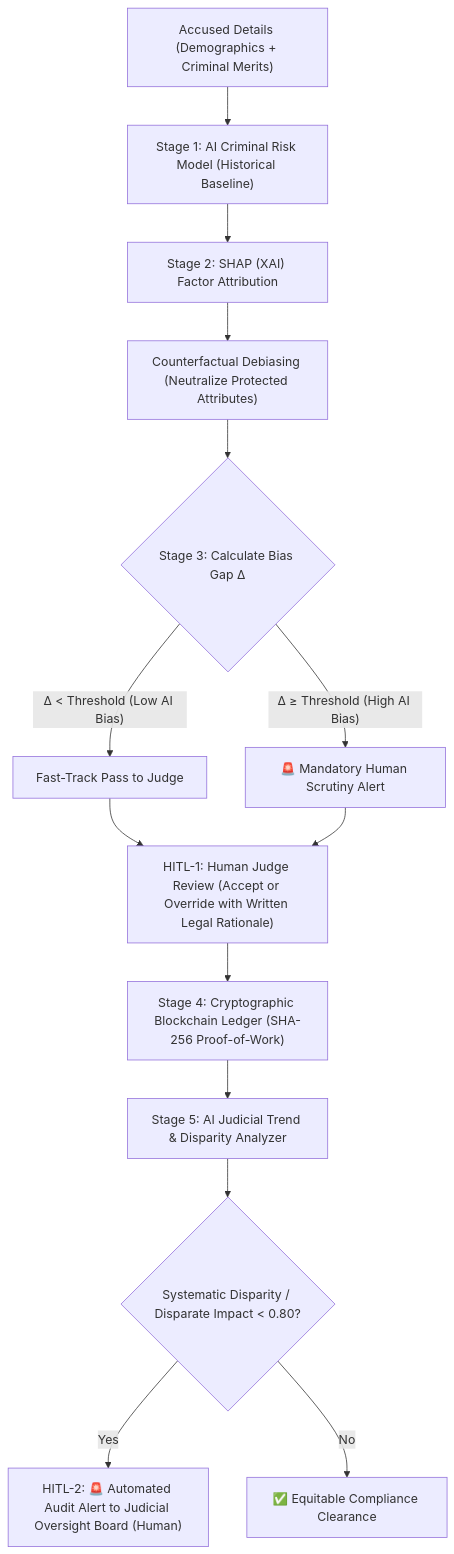
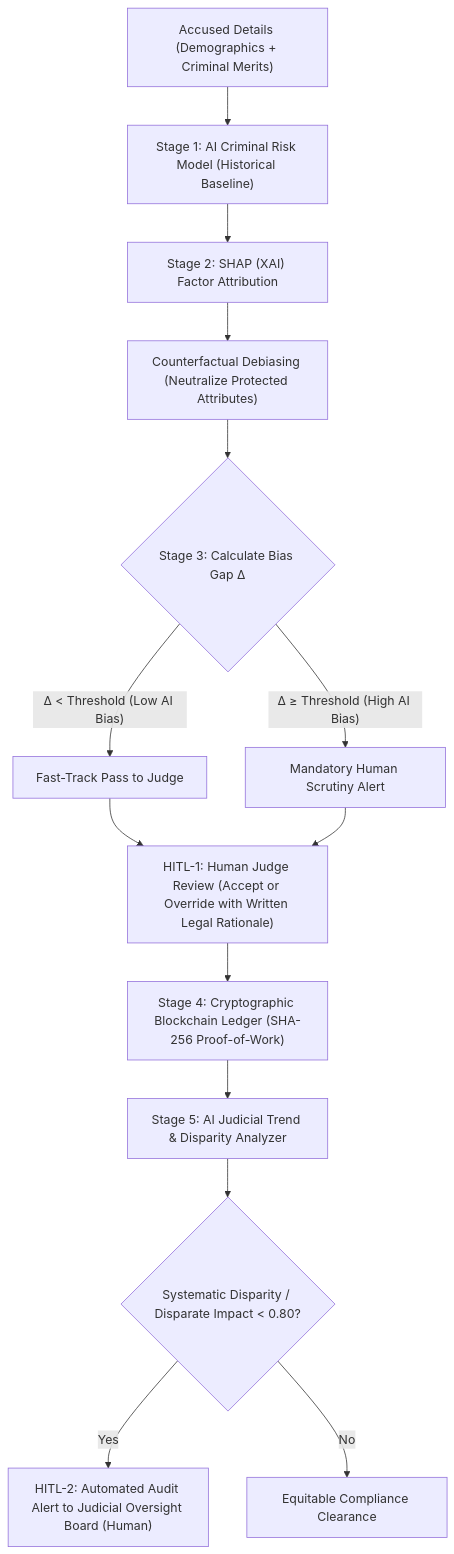
Before and after one commit to yogarisi745-star/fairai: the diagram in README.md, drawn with Mermaid. The commit also changed other lines of this file and 5 other files, not shown here.

Commit message:
Task 5: README results+limitations+roadmap, MODEL_CARD.md, MIT LICENSE, CI workflow, docs/ folder

````diff
--- a/README.md
+++ b/README.md
@@ -11,16 +18,16 @@
 ```mermaid
 flowchart TD
     A["Accused Details (Demographics + Criminal Merits)"] --> B["Stage 1: AI Criminal Risk Model (Historical Baseline)"]
     B --> C["Stage 2: SHAP (XAI) Factor Attribution"]
     C --> D["Counterfactual Debiasing (Neutralize Protected Attributes)"]
     D --> E{"Stage 3: Calculate Bias Gap Δ"}
     E -- "Δ < Threshold (Low AI Bias)" --> F1["Fast-Track Pass to Judge"]
-    E -- "Δ ≥ Threshold (High AI Bias)" --> F2["🚨 Mandatory Human Scrutiny Alert"]
+    E -- "Δ ≥ Threshold (High AI Bias)" --> F2["Mandatory Human Scrutiny Alert"]
     F1 --> G["HITL-1: Human Judge Review (Accept or Override with Written Legal Rationale)"]
     F2 --> G
     G --> H["Stage 4: Cryptographic Blockchain Ledger (SHA-256 Proof-of-Work)"]
     H --> I["Stage 5: AI Judicial Trend & Disparity Analyzer"]
     I --> J{"Systematic Disparity / Disparate Impact < 0.80?"}
-    J -- Yes --> K["HITL-2: 🚨 Automated Audit Alert to Judicial Oversight Board (Human)"]
-    J -- No --> L["✅ Equitable Compliance Clearance"]
+    J -- Yes --> K["HITL-2: Automated Audit Alert to Judicial Oversight Board (Human)"]
+    J -- No --> L["Equitable Compliance Clearance"]
 ```
````
